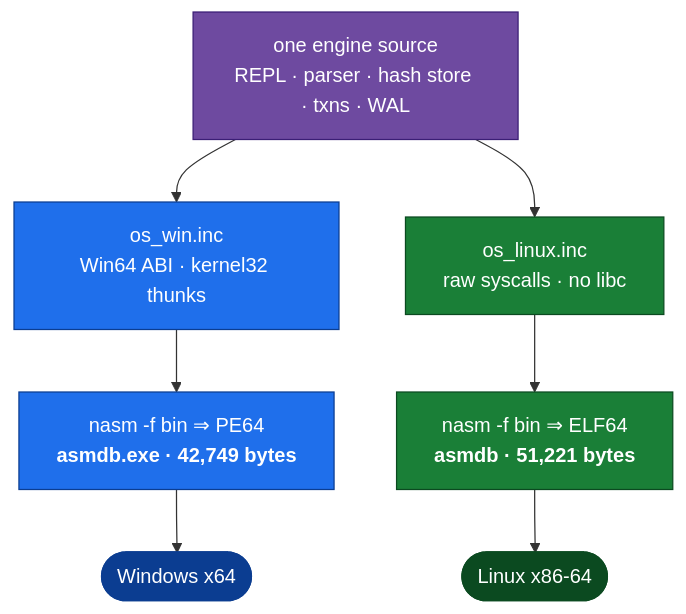
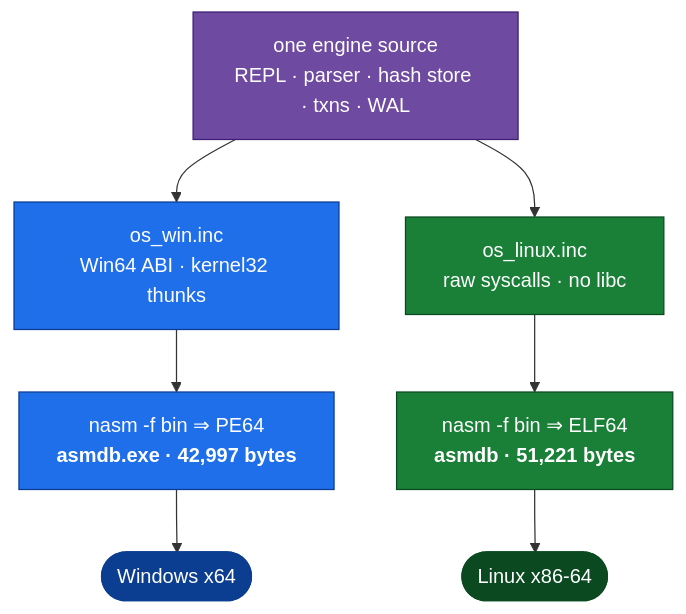
The first of 2 diagrams in README.md (fredgis/asmDB), drawn with Mermaid before and after one commit. The commit also changed other lines of this file and 10 other files, not shown here.

````diff
--- a/README.md
+++ b/README.md
@@ -223,19 +223,19 @@
 ```mermaid
 flowchart TD
     SRC["one engine source<br/>REPL · parser · hash store · txns · WAL"]:::core
 
     SRC --> WIN["os_win.inc<br/>Win64 ABI · kernel32 thunks"]:::win
     SRC --> LIN["os_linux.inc<br/>raw syscalls · no libc"]:::lin
 
-    WIN --> PE["nasm -f bin ⇒ PE64<br/><b>asmdb.exe · 42,749 bytes</b>"]:::win
+    WIN --> PE["nasm -f bin ⇒ PE64<br/><b>asmdb.exe · 42,997 bytes</b>"]:::win
     LIN --> ELF["nasm -f bin ⇒ ELF64<br/><b>asmdb · 51,221 bytes</b>"]:::lin
 
     PE --> WOS(["Windows x64"]):::winb
     ELF --> LOS(["Linux x86-64"]):::linb
 
     classDef core fill:#6e4aa0,stroke:#3b1e75,color:#fff
     classDef win  fill:#1f6feb,stroke:#0b3d91,color:#fff
     classDef lin  fill:#1a7f37,stroke:#0b4a20,color:#fff
     classDef winb fill:#0b3d91,stroke:#0b3d91,color:#fff
     classDef linb fill:#0b4a20,stroke:#0b4a20,color:#fff
 ```
````
